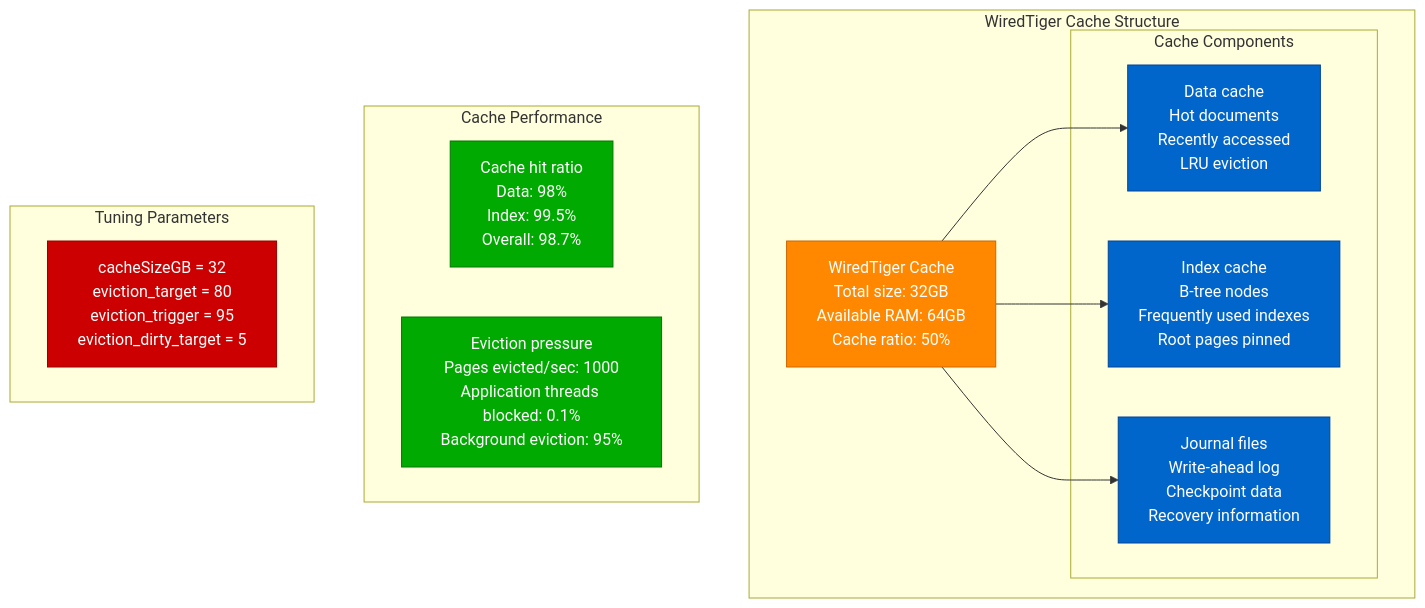
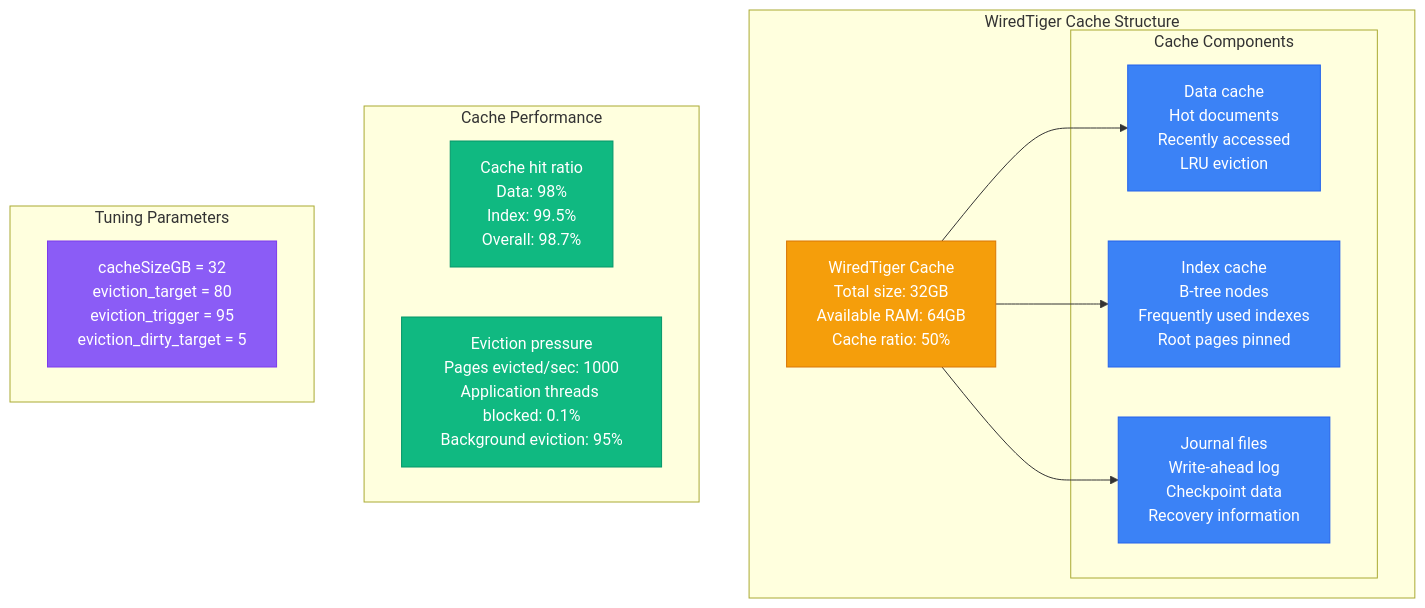
Before and after one commit to deepaucksharma/DS: the fourth of 14 diagrams in site/docs/performance/mongodb-performance-profile.md, drawn with Mermaid. The commit also changed other lines of this file and 303 other files, not shown here.

````diff
--- a/site/docs/performance/mongodb-performance-profile.md
+++ b/site/docs/performance/mongodb-performance-profile.md
@@ -122,38 +122,38 @@
 ```mermaid
 graph TB
     subgraph "WiredTiger Cache Structure"
         CACHE[WiredTiger Cache<br/>Total size: 32GB<br/>Available RAM: 64GB<br/>Cache ratio: 50%]
 
         subgraph "Cache Components"
             DATA[Data cache<br/>Hot documents<br/>Recently accessed<br/>LRU eviction]
 
             INDEX[Index cache<br/>B-tree nodes<br/>Frequently used indexes<br/>Root pages pinned]
 
             JOURNAL[Journal files<br/>Write-ahead log<br/>Checkpoint data<br/>Recovery information]
         end
 
         CACHE --> DATA
         CACHE --> INDEX
         CACHE --> JOURNAL
     end
 
     subgraph "Cache Performance"
         P1[Cache hit ratio<br/>Data: 98%<br/>Index: 99.5%<br/>Overall: 98.7%]
 
         P2[Eviction pressure<br/>Pages evicted/sec: 1000<br/>Application threads blocked: 0.1%<br/>Background eviction: 95%]
     end
 
     subgraph "Tuning Parameters"
         T1[cacheSizeGB = 32<br/>eviction_target = 80<br/>eviction_trigger = 95<br/>eviction_dirty_target = 5]
     end
 
-    classDef cacheStyle fill:#FF8800,stroke:#CC6600,color:#fff
-    classDef componentStyle fill:#0066CC,stroke:#004499,color:#fff
-    classDef perfStyle fill:#00AA00,stroke:#007700,color:#fff
-    classDef tuningStyle fill:#CC0000,stroke:#990000,color:#fff
+    classDef cacheStyle fill:#F59E0B,stroke:#D97706,color:#fff
+    classDef componentStyle fill:#3B82F6,stroke:#2563EB,color:#fff
+    classDef perfStyle fill:#10B981,stroke:#059669,color:#fff
+    classDef tuningStyle fill:#8B5CF6,stroke:#7C3AED,color:#fff
 
     class CACHE cacheStyle
     class DATA,INDEX,JOURNAL componentStyle
     class P1,P2 perfStyle
     class T1 tuningStyle
 ```
````
